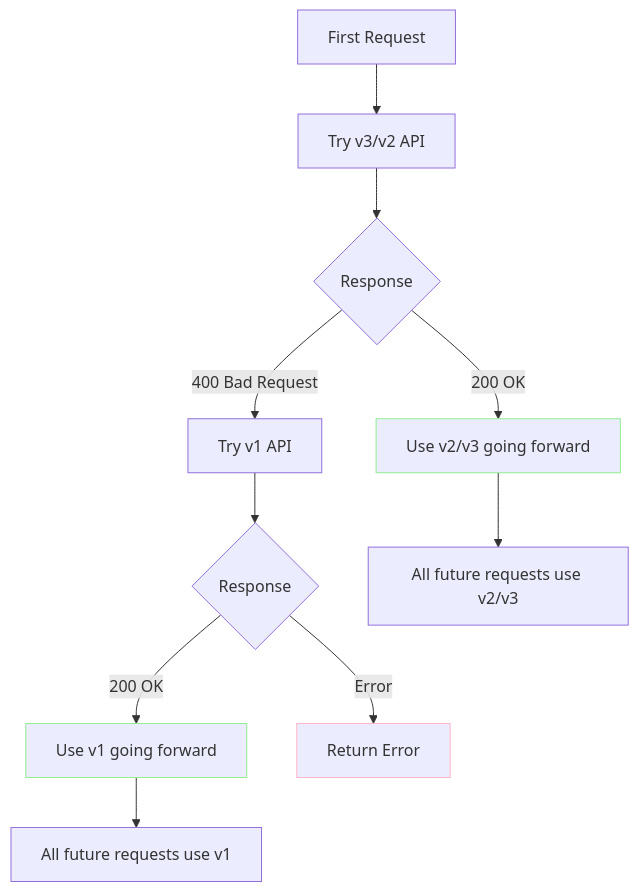
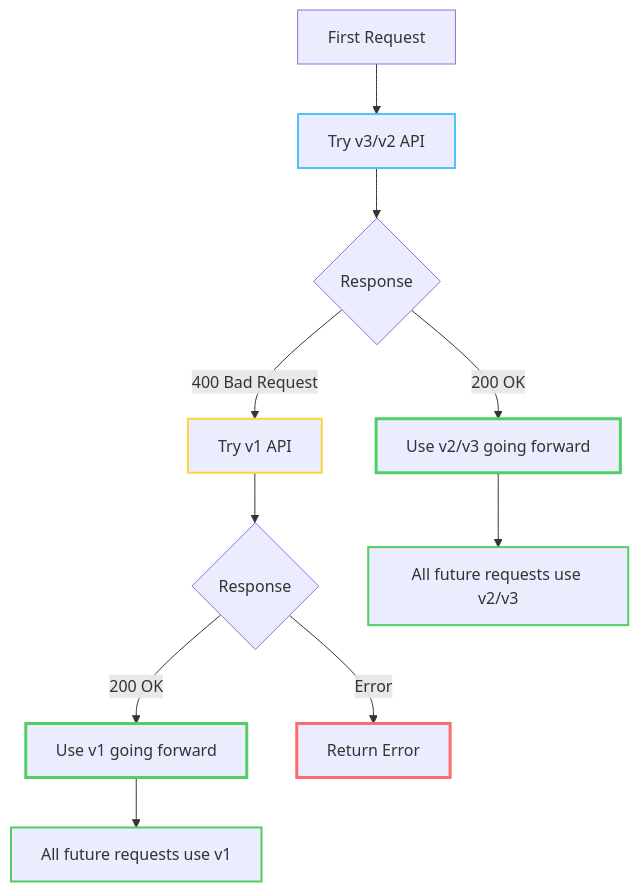
One commit to Shaddix/mostlylucidweb changed the sixth of 7 diagrams in Umami.Net/README.md. Above: the diagram before and after it, drawn with Mermaid. The commit also changed other lines of this file and 9 other files, not shown here.

````diff
--- a/Umami.Net/README.md
+++ b/Umami.Net/README.md
@@ -1093,17 +1113,21 @@
 ```mermaid
 graph TD
     A[First Request] --> B[Try v3/v2 API]
     B --> C{Response}
     C -->|200 OK| D[Use v2/v3 going forward]
     C -->|400 Bad Request| E[Try v1 API]
     E --> F{Response}
     F -->|200 OK| G[Use v1 going forward]
     F -->|Error| H[Return Error]
 
     D --> I[All future requests use v2/v3]
     G --> J[All future requests use v1]
 
-    style D stroke:#90EE90
-    style G stroke:#90EE90
-    style H stroke:#FFB6C6
+    style D stroke:#51CF66,stroke-width:3px
+    style G stroke:#51CF66,stroke-width:3px
+    style I stroke:#51CF66,stroke-width:2px
+    style J stroke:#51CF66,stroke-width:2px
+    style H stroke:#FF6B6B,stroke-width:3px
+    style B stroke:#4FC3F7,stroke-width:2px
+    style E stroke:#FFD43B,stroke-width:2px
 ```
````
